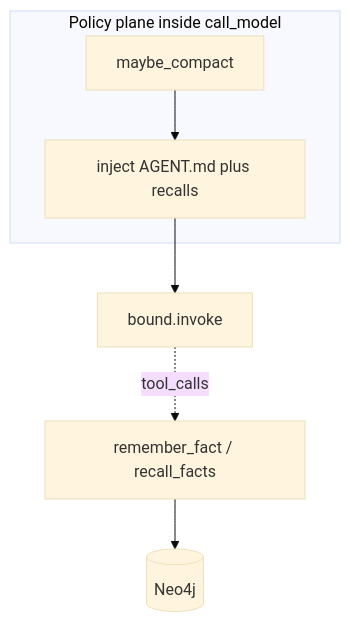
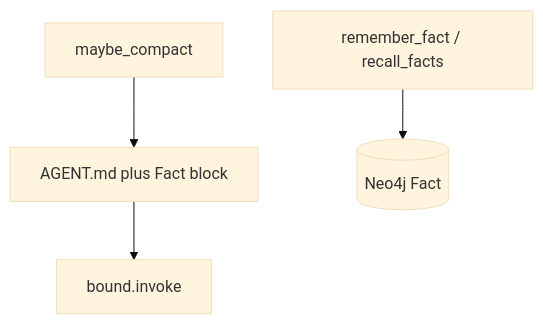
The third of 3 diagrams in docs/milestones/M8-project-long-term-memory.md (CharlotteYW/mini-claude-code), drawn with Mermaid (base theme) before and after one commit. The commit also changed other lines of this file and 17 other files, not shown here.

First line of the commit message:
Implement M8 AGENT.md inject and Neo4j durable facts.

````diff
--- a/docs/milestones/M8-project-long-term-memory.md
+++ b/docs/milestones/M8-project-long-term-memory.md
@@ -100,11 +145,6 @@
 ```mermaid
 flowchart TB
-  subgraph plane [Policy plane inside call_model]
-    Compact[maybe_compact]
-    Inject[inject AGENT.md plus recalls]
-    Compact --> Inject
-  end
+  Compact[maybe_compact] --> Inject[AGENT.md plus Fact block]
   Inject --> LLM[bound.invoke]
-  Tools2[remember_fact / recall_facts] --> Neo4j[(Neo4j)]
-  LLM -.->|tool_calls| Tools2
+  ToolsMem[remember_fact / recall_facts] --> Neo4j[(Neo4j Fact)]
 ```
````
